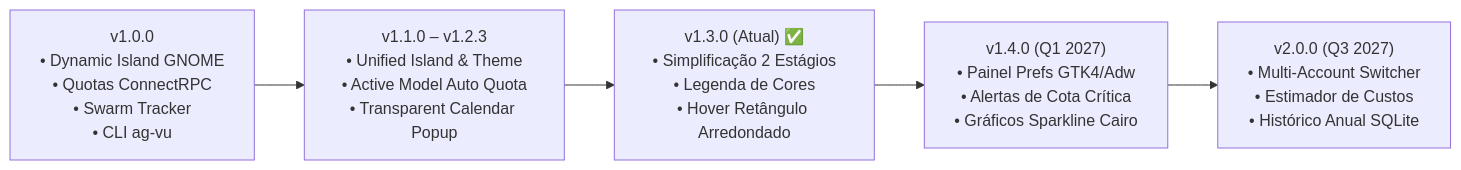
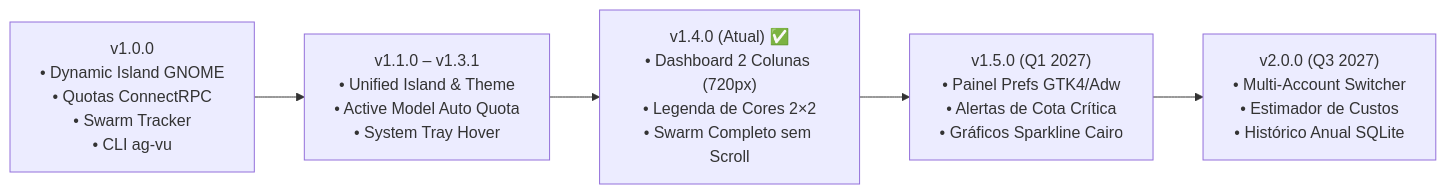
The diagram in ROADMAP.md (brendofreitas-dev/antigravity-vu-linux), drawn with Mermaid before and after one commit. The commit also changed other lines of this file and 3 other files, not shown here.

````diff
--- a/ROADMAP.md
+++ b/ROADMAP.md
@@ -9,10 +9,10 @@
 ```mermaid
 flowchart LR
     v10["v1.0.0<br/>• Dynamic Island GNOME<br/>• Quotas ConnectRPC<br/>• Swarm Tracker<br/>• CLI ag-vu"]
-    v11["v1.1.0 – v1.2.3<br/>• Unified Island & Theme<br/>• Active Model Auto Quota<br/>• Transparent Calendar Popup"]
-    v13["v1.3.0 (Atual) ✅<br/>• Simplificação 2 Estágios<br/>• Legenda de Cores<br/>• Hover Retângulo Arredondado"]
-    v14["v1.4.0 (Q1 2027)<br/>• Painel Prefs GTK4/Adw<br/>• Alertas de Cota Crítica<br/>• Gráficos Sparkline Cairo"]
+    v11["v1.1.0 – v1.3.1<br/>• Unified Island & Theme<br/>• Active Model Auto Quota<br/>• System Tray Hover"]
+    v14["v1.4.0 (Atual) ✅<br/>• Dashboard 2 Colunas (720px)<br/>• Legenda de Cores 2×2<br/>• Swarm Completo sem Scroll"]
+    v15["v1.5.0 (Q1 2027)<br/>• Painel Prefs GTK4/Adw<br/>• Alertas de Cota Crítica<br/>• Gráficos Sparkline Cairo"]
     v20["v2.0.0 (Q3 2027)<br/>• Multi-Account Switcher<br/>• Estimador de Custos<br/>• Histórico Anual SQLite"]
 
-    v10 --> v11 --> v13 --> v14 --> v20
+    v10 --> v11 --> v14 --> v15 --> v20
 ```
````
